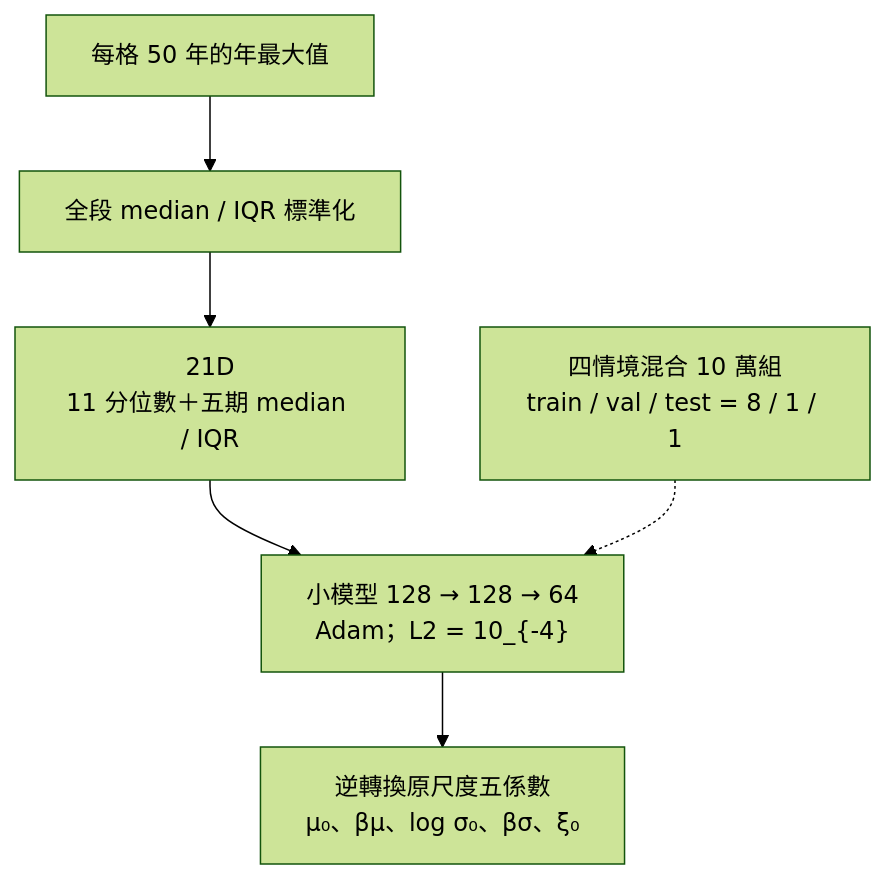
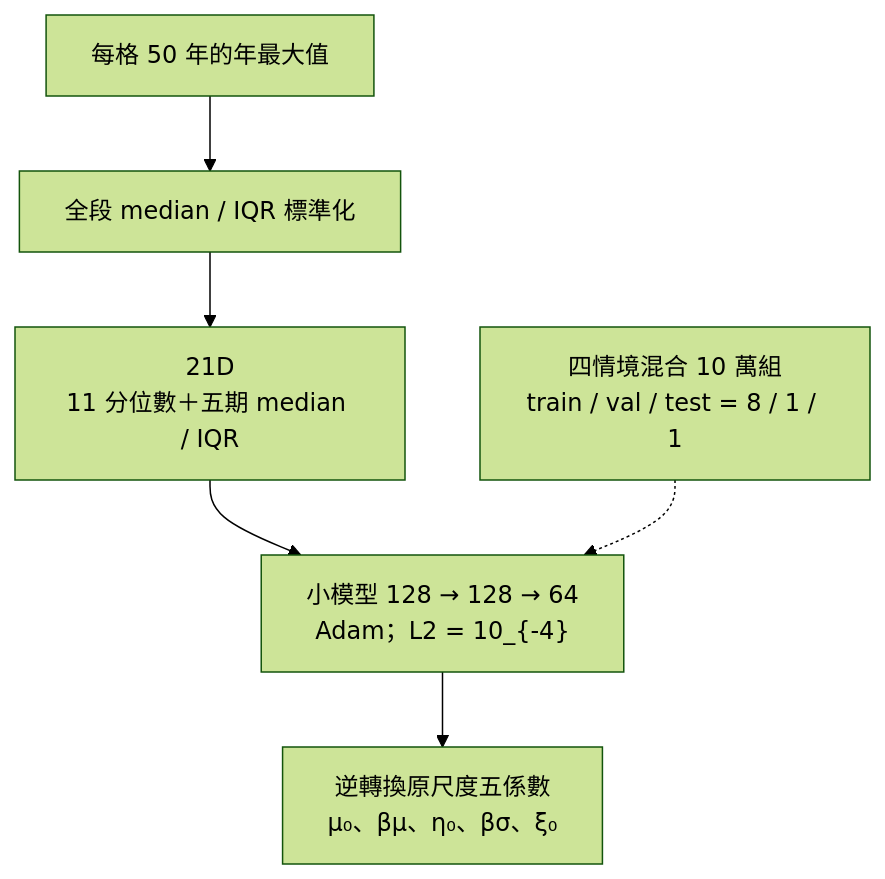
One commit to shu-ming0808/gev-use-nn changed the third of 5 diagrams in README.md. Above: the diagram before and after it, drawn with Mermaid (forest theme). The commit also changed other lines of this file and 8 other files, not shown here.

```diff
--- a/README.md
+++ b/README.md
@@ -162,8 +162,8 @@
 ~~~mermaid
 flowchart TD
     A["每格 50 年的年最大值"] --> B["全段 median / IQR 標準化"]
     B --> C["21D<br/>11 分位數＋五期 median / IQR"]
     C --> D["小模型 128 → 128 → 64<br/>Adam；L2 = 10_{-4}"]
     S["四情境混合 10 萬組<br/>train / val / test = 8 / 1 / 1"] -.-> D
-    D --> E["逆轉換原尺度五係數<br/>μ₀、βμ、log σ₀、βσ、ξ₀"]
+    D --> E["逆轉換原尺度五係數<br/>μ₀、βμ、η₀、βσ、ξ₀"]
 ~~~
```
